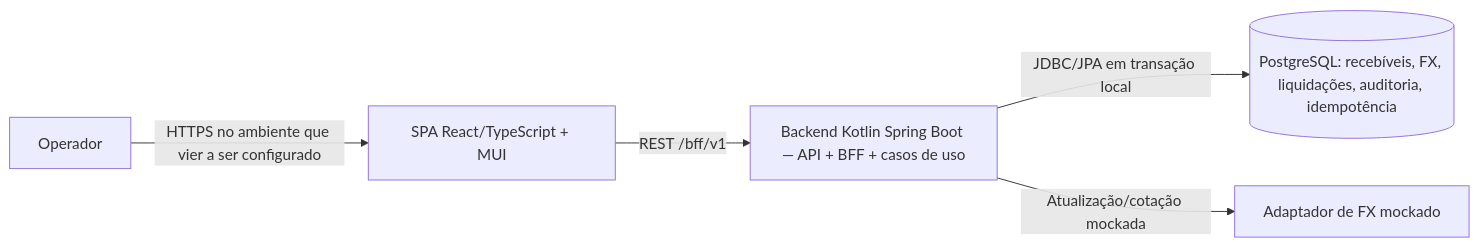
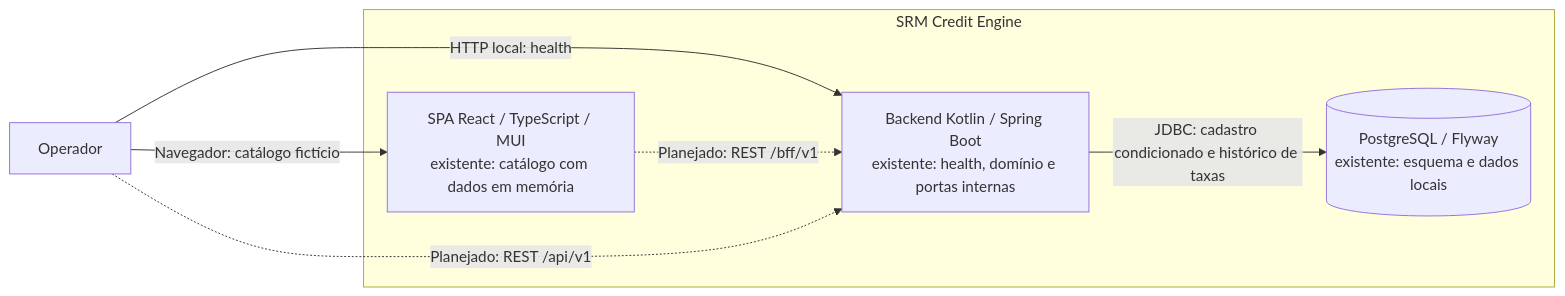
Before and after one commit to RobsonSilverioSantos/srm-credit-engine: the second of 2 diagrams in docs/arquitetura/C4_MVP.md, drawn with Mermaid. The commit also changed other lines of this file and 4 other files, not shown here.

````diff
--- a/docs/arquitetura/C4_MVP.md
+++ b/docs/arquitetura/C4_MVP.md
@@ -17,7 +21,14 @@
 ```mermaid
 flowchart LR
-  op[Operador] -->|HTTPS no ambiente que vier a ser configurado| spa[SPA React/TypeScript + MUI]
-  spa -->|REST /bff/v1| api[Backend Kotlin Spring Boot — API + BFF + casos de uso]
-  api -->|JDBC/JPA em transação local| pg[(PostgreSQL: recebíveis, FX, liquidações, auditoria, idempotência)]
-  api -->|Atualização/cotação mockada| mock[Adaptador de FX mockado]
+  op["Operador"]
+  subgraph sistema["SRM Credit Engine"]
+    spa["SPA React / TypeScript / MUI<br/>existente: catálogo com dados em memória"]
+    api["Backend Kotlin / Spring Boot<br/>existente: health, domínio e portas internas"]
+    pg[("PostgreSQL / Flyway<br/>existente: esquema e dados locais")]
+  end
+  op -->|"Navegador: catálogo fictício"| spa
+  op -->|"HTTP local: health"| api
+  api -->|"JDBC: cadastro condicionado e histórico de taxas"| pg
+  spa -.->|"Planejado: REST /bff/v1"| api
+  op -.->|"Planejado: REST /api/v1"| api
 ```
````
